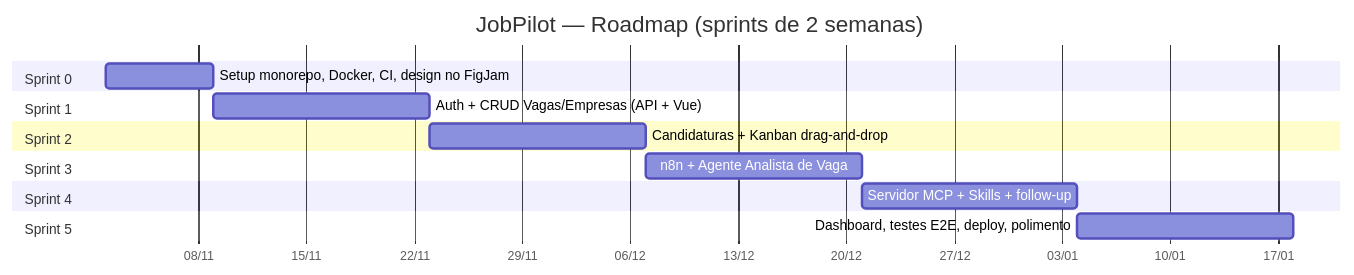
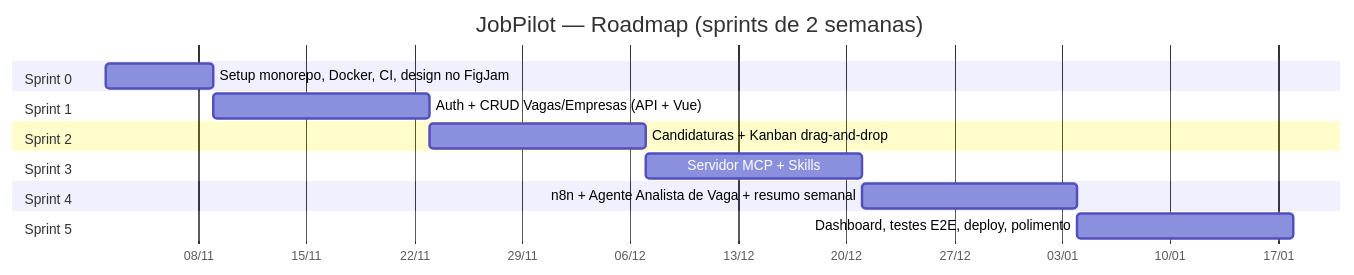
Before and after one commit to EduardoLovo/JobPilot: the fifth of 7 diagrams in docs/JobPilot-planejamento.md, drawn with Mermaid. The commit also changed other lines of this file and 15 other files, not shown here.

````diff
--- a/docs/JobPilot-planejamento.md
+++ b/docs/JobPilot-planejamento.md
@@ -243,18 +243,18 @@
 ```mermaid
 gantt
     title JobPilot — Roadmap (sprints de 2 semanas)
     dateFormat YYYY-MM-DD
     axisFormat %d/%m
     section Sprint 0
     Setup monorepo, Docker, CI, design no FigJam :s0, 2026-11-02, 7d
     section Sprint 1
     Auth + CRUD Vagas/Empresas (API + Vue) :s1, after s0, 14d
     section Sprint 2
     Candidaturas + Kanban drag-and-drop :s2, after s1, 14d
     section Sprint 3
-    n8n + Agente Analista de Vaga :s3, after s2, 14d
+    Servidor MCP + Skills :s3, after s2, 14d
     section Sprint 4
-    Servidor MCP + Skills + follow-up :s4, after s3, 14d
+    n8n + Agente Analista de Vaga + resumo semanal :s4, after s3, 14d
     section Sprint 5
     Dashboard, testes E2E, deploy, polimento :s5, after s4, 14d
 ```
````
